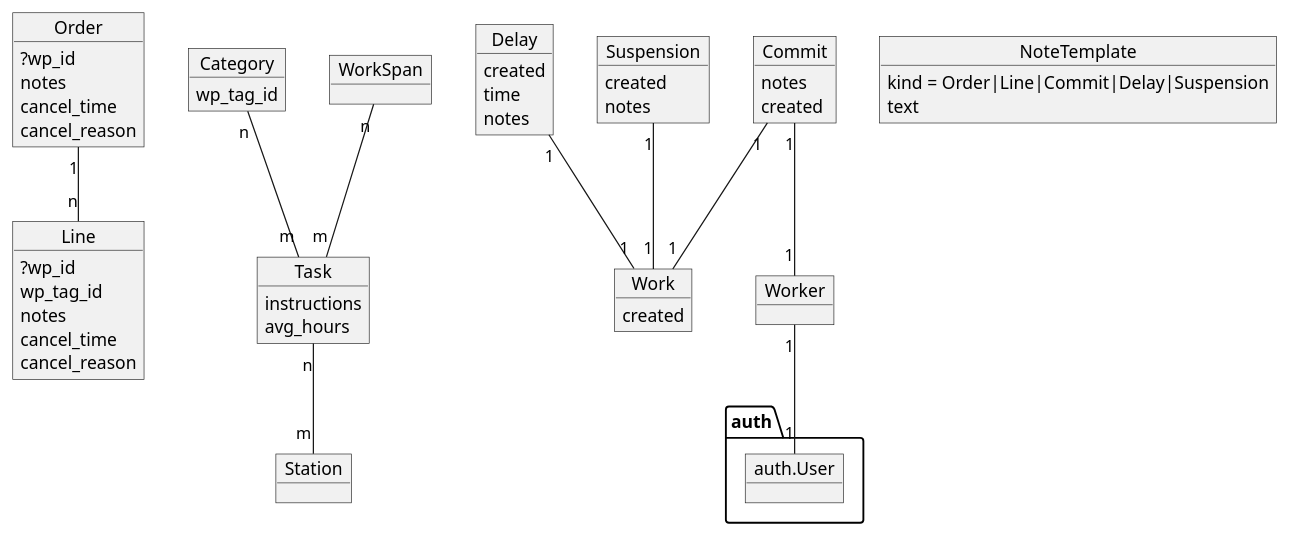
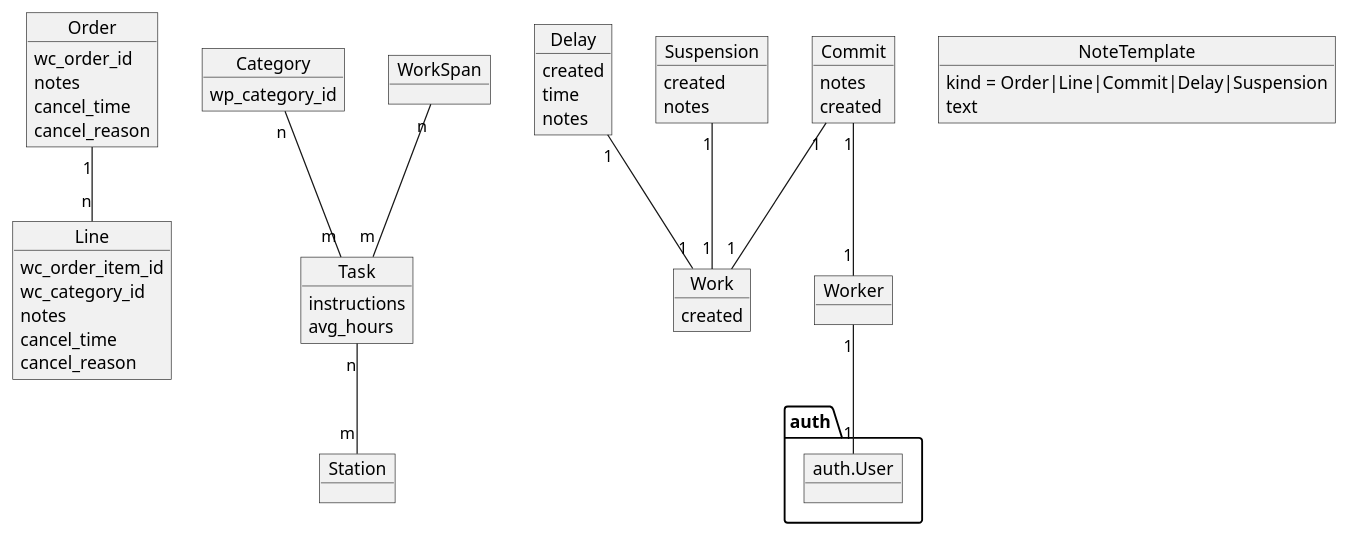
Before and after one commit to iriswm/iris: the diagram in docs/model.plantuml, drawn with PlantUML.

Commit message:
Make model field names correspond to WooCommerce terms

```diff
--- a/docs/model.plantuml
+++ b/docs/model.plantuml
@@ -1,173 +1,173 @@
 @startuml
 
 /'
 
 When an order is completed (or reaches a configured completion state) in a
 WooCommerce site, a plugin notifies the Iris site with the order details. This
 details are stored in the models `Order` and `Line`. Both models keep the
 corresponding Wordpress ids and a custom `notes` field to track extra
 information provided by the plugin or recorded while working in the Iris site.
 The items in the model `Line` also keep an identifier for the WooCommerce
 category.
 
 '/
 
 object Order
 object Line
 
 Order "1" -- "n" Line
 
-Order : ?wp_id
+Order : wc_order_id
 Order : notes
 
-Line : ?wp_id
-Line : wp_tag_id
+Line : wc_order_item_id
+Line : wc_category_id
 Line : notes
 
 /'
 
 In the Iris site, another model called `Category` maps each WooCommerce
 category identifier with a set of items in the model `Task`. Each task has
 also individual `instructions`.
 
 When a new item is created in the model `Line`, the category is checked and
 the appropriate set of actual tasks are created as entries in a model called
 `Work`. Each of this works, when completed, will span extra works according to
 another model called `WorkSpan`.
 
 '/
 
 object Category
 
-Category : wp_tag_id
+Category : wp_category_id
 
 object Task
 
 Category "n" -- "m" Task
 
 Task : instructions
 
 object Work
 object WorkSpan
 
 WorkSpan "n" -- "m" Task
 
 /'
 
 The items in the models `Task`, `Category` and `WorkSpan` represent trees of
 works needed to consider an order fulfilled.
 
 The works can be completed by any worker, identified in the model `Worker` and
 connected to an Django `User`. The works are marked as completed creating a
 new item in another model called `Commit`. This commits also have `notes`.
 
 '/
 
 object Worker
 object auth.User
 
 Worker "1" -- "1" auth.User
 
 object Commit
 
 Commit "1" -- "1" Worker
 Commit "1" -- "1" Work
 
 Commit : notes
 
 /'
 
 The items in `Work` and `Commit` are timestamped to keep track of the amount
 of time needed by each item in an Order and offer proper estimations and
 reports. For the estimations, information about average times needed per task
 will be recorded in the `Task` model.
 
 '/
 
 Work : created
 Commit : created
 Task : avg_hours
 
 /'
 
 Each order and line can be canceled with a `reason` field. Either in the Iris
 site or by the WooCommerce plugin.
 
 '/
 
 Order : cancel_time
 Order : cancel_reason
 Line : cancel_time
 Line : cancel_reason
 
 /'
 
 The main purpose of the Iris site is to keep a list of station profiles in a
 `Station` model and offer a detail page for each station when the workers in
 the station can see the tasks pending work and the information needed for each
 task. The secondary purpose is to help with the estimation of order completion
 times and the tertiary purpose is to offer insights into work efficiency and
 performance.
 
 '/
 
 object Station
 
 Task "n" -- "m" Station
 
 /'
 
 The interface will be keep as simple as possible and will have utilities to
 ease the interaction using touch screens. A simple way to switch between
 workers profiles or an alternative should be provided. Also, a system for
 adding common notes using a few touches may be helpful.
 
 '/
 
 object NoteTemplate
 NoteTemplate : kind = Order|Line|Commit|Delay|Suspension
 NoteTemplate : text
 
 /'
 
 Abnormal stops in works will be handled using extra models:
 
 '/
 
 /'
 
 - The `Delay` model, with a specific time specified to hide the work in the
 station during that time and a note.
 
 '/
 
 object Delay
 
 Delay "1" -- "1" Work
 
 Delay : created
 Delay : time
 Delay : notes
 
 /'
 
 - The `Suspension` model, for halts in works without time estimations, also
 with a note.
 
 '/
 
 object Suspension
 
 Suspension "1" -- "1" Work
 
 Suspension : created
 Suspension : notes
 
 /'
 
 A system of alerts to handle delays or suspensions is also considerably
 useful to have, but in the meantime, an screen to show them should be enough.
 
 '/
 
 @enduml
```
